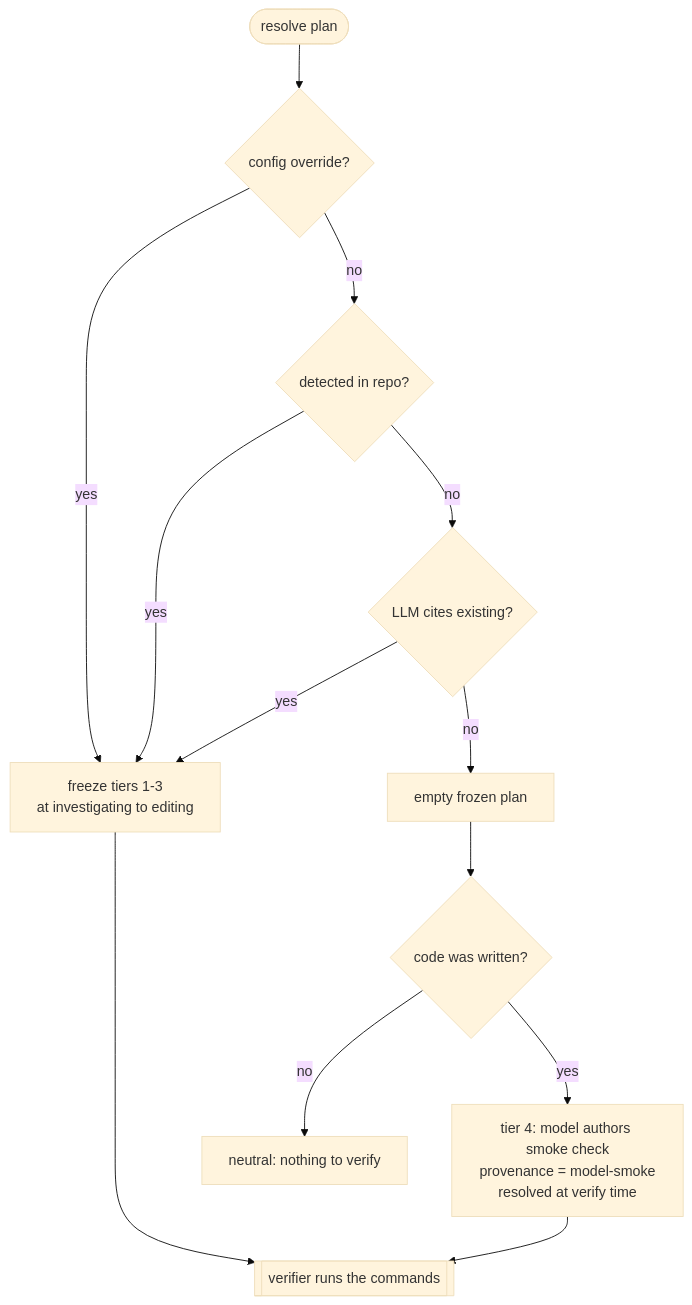
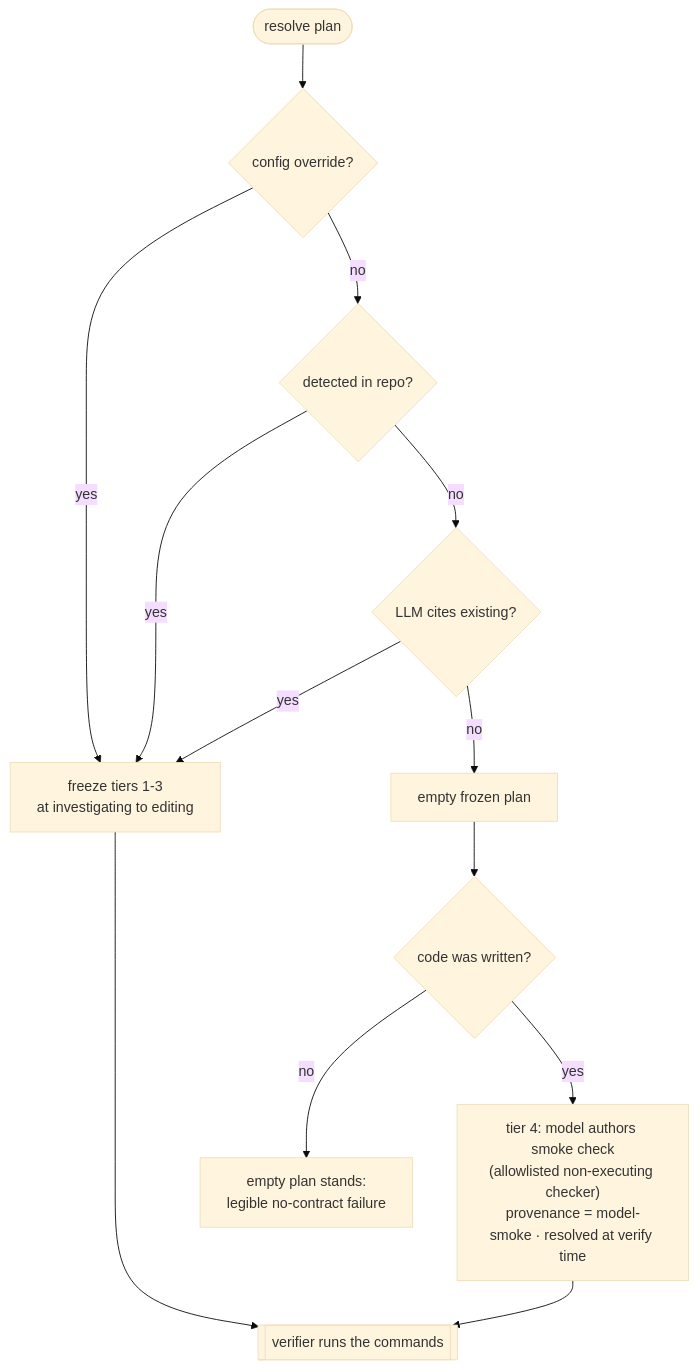
Before and after one commit to codexceed/avatar-harness: the first of 2 diagrams in docs/adr/0014-greenfield-self-authored-verification.md, drawn with Mermaid (base theme). The commit also changed other lines of this file and 8 other files, not shown here.

````diff
--- a/docs/adr/0014-greenfield-self-authored-verification.md
+++ b/docs/adr/0014-greenfield-self-authored-verification.md
@@ -30,15 +30,15 @@
 ```mermaid
 flowchart TD
   R([resolve plan]) --> O{config override?}
   O -- yes --> F[freeze tiers 1-3<br/>at investigating to editing]
   O -- no --> D{detected in repo?}
   D -- yes --> F
   D -- no --> L{LLM cites existing?}
   L -- yes --> F
   L -- no --> E[empty frozen plan]
   F --> V[[verifier runs the commands]]
   E --> C{code was written?}
-  C -- yes --> S["tier 4: model authors smoke check<br/>provenance = model-smoke<br/>resolved at verify time"]
-  C -- no --> N[neutral: nothing to verify]
+  C -- yes --> S["tier 4: model authors smoke check<br/>(allowlisted non-executing checker)<br/>provenance = model-smoke · resolved at verify time"]
+  C -- no --> N["empty plan stands:<br/>legible no-contract failure"]
   S --> V
 ```
````
